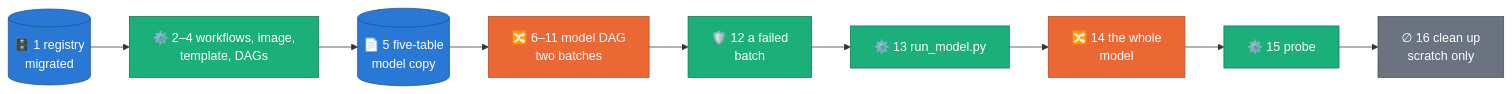
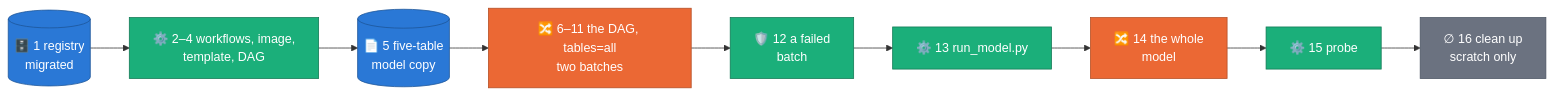
Before and after one commit to albertols/synthetic-llm-dataflow-bigquery: the fourth of 9 diagrams in docs/RUN_PLAYBOOK.md, drawn with Mermaid. The commit also changed other lines of this file and 11 other files, not shown here.

````diff
--- a/docs/RUN_PLAYBOOK.md
+++ b/docs/RUN_PLAYBOOK.md
@@ -845,19 +960,19 @@
 ```mermaid
 flowchart LR
   classDef beam  fill:#eb6834,color:#fff,stroke:#b44f26
   classDef cpu   fill:#1baf7a,color:#fff,stroke:#127a55
   classDef gpu   fill:#7a3fd1,color:#fff,stroke:#5a2f9d
   classDef store fill:#2a78d6,color:#fff,stroke:#1d5599
   classDef data  fill:#6b7280,color:#fff,stroke:#4b5563
 
   M[("🗄️ 1 registry<br/>migrated")]:::store
-  B["⚙️ 2–4 workflows, image,<br/>template, DAGs"]:::cpu
+  B["⚙️ 2–4 workflows, image,<br/>template, DAG"]:::cpu
   S[("📄 5 five-table<br/>model copy")]:::store
-  D["🔀 6–11 model DAG<br/>two batches"]:::beam
+  D["🔀 6–11 the DAG, tables=all<br/>two batches"]:::beam
   F["🛡️ 12 a failed<br/>batch"]:::cpu
   C["⚙️ 13 run_model.py"]:::cpu
   W["🔀 14 the whole<br/>model"]:::beam
   P["⚙️ 15 probe"]:::cpu
   X["∅ 16 clean up<br/>scratch only"]:::data
   M --> B --> S --> D --> F --> C --> W --> P --> X
 ```
````
